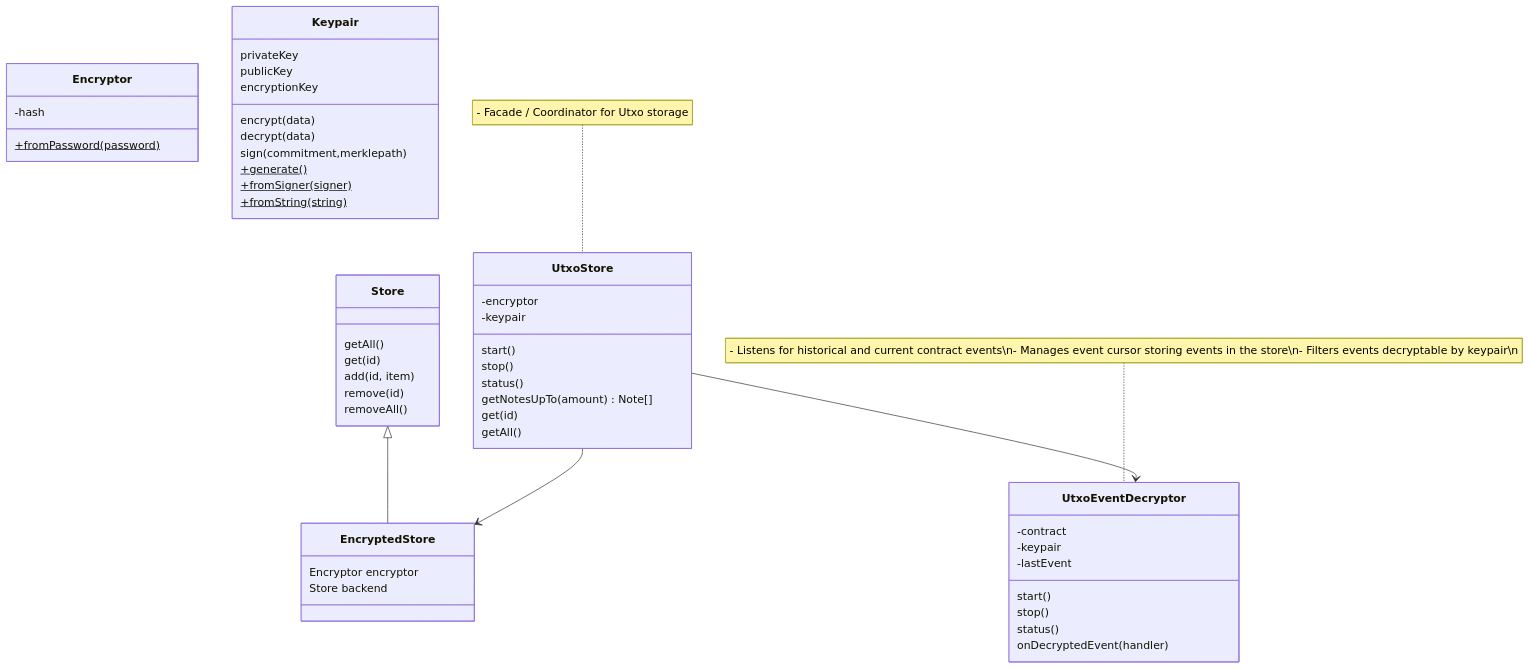
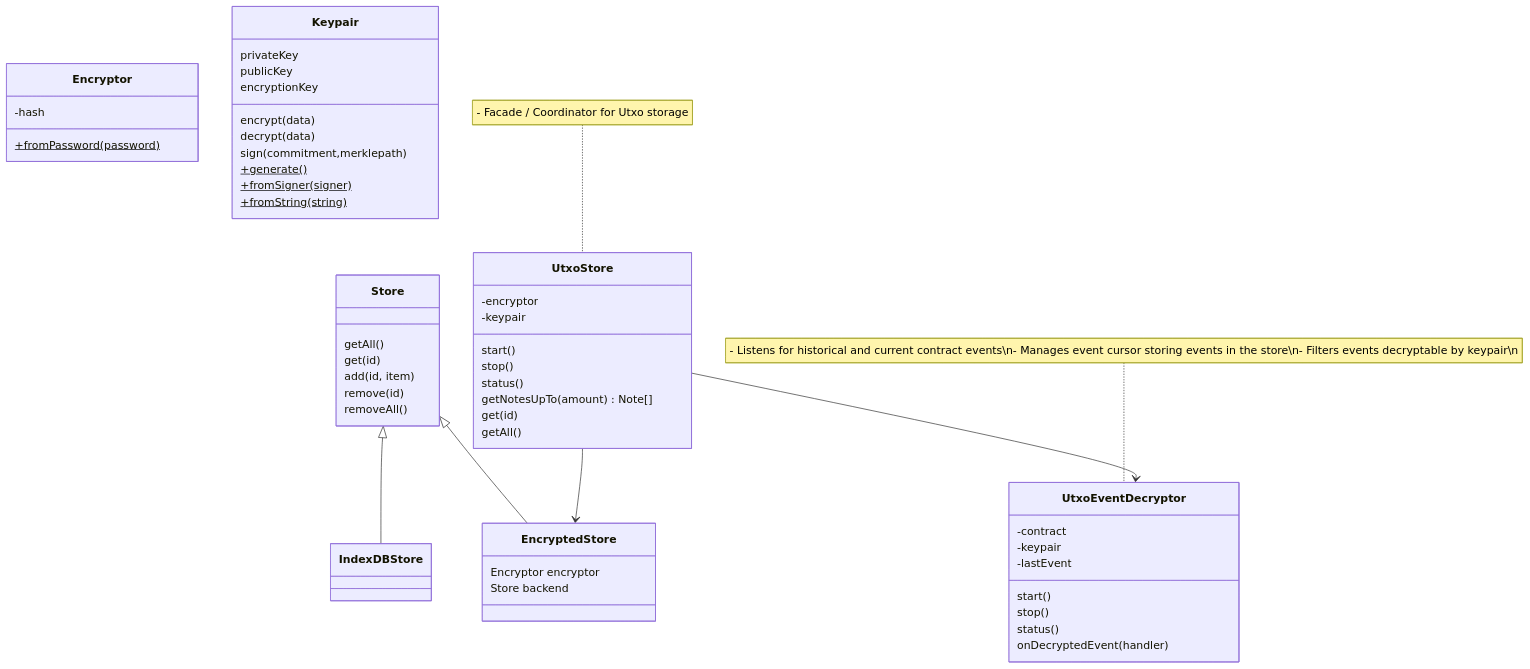
One commit to blockhackersio/zrclib changed the diagram in README.md. Above: the diagram before and after it, drawn with Mermaid.

````diff
--- a/README.md
+++ b/README.md
@@ -85,61 +85,64 @@
 ```mermaid
 
 classDiagram
     note for UtxoStore "- Facade / Coordinator for Utxo storage"
 
     class UtxoStore
     UtxoStore: -encryptor
     UtxoStore: -keypair
     UtxoStore: start()
     UtxoStore: stop()
     UtxoStore: status()
     UtxoStore: getNotesUpTo(amount) Note[]
     UtxoStore: get(id)
     UtxoStore: getAll()
 
     note for UtxoEventDecryptor "- Listens for historical and current contract events\n- Manages event cursor storing events in the store\n- Filters events decryptable by keypair\n"
 
     class UtxoEventDecryptor
     UtxoEventDecryptor: -contract
     UtxoEventDecryptor: -keypair
     UtxoEventDecryptor: -lastEvent
     UtxoEventDecryptor: start()
     UtxoEventDecryptor: stop()
     UtxoEventDecryptor: status()
     UtxoEventDecryptor: onDecryptedEvent(handler)
 
     class Encryptor
     Encryptor: -hash
     Encryptor: +fromPassword(password)$
 
     class Store
     Store: getAll()
     Store: get(id)
     Store: add(id, item)
     Store: remove(id)
     Store: removeAll()
 
     class EncryptedStore
     EncryptedStore: Encryptor encryptor
     EncryptedStore: Store backend
 
+    class IndexDBStore
+
     Store <|-- EncryptedStore
+    Store <|-- IndexDBStore
 
     class Keypair
     Keypair: privateKey
     Keypair: publicKey
     Keypair: encryptionKey
     Keypair: encrypt(data)
     Keypair: decrypt(data)
     Keypair: sign(commitment,merklepath)
     Keypair: +generate()$
     Keypair: +fromSigner(signer)$
     Keypair: +fromString(string)$
 
 
     UtxoStore --> EncryptedStore
     UtxoStore --> UtxoEventDecryptor
 
 
 
 ```
````
